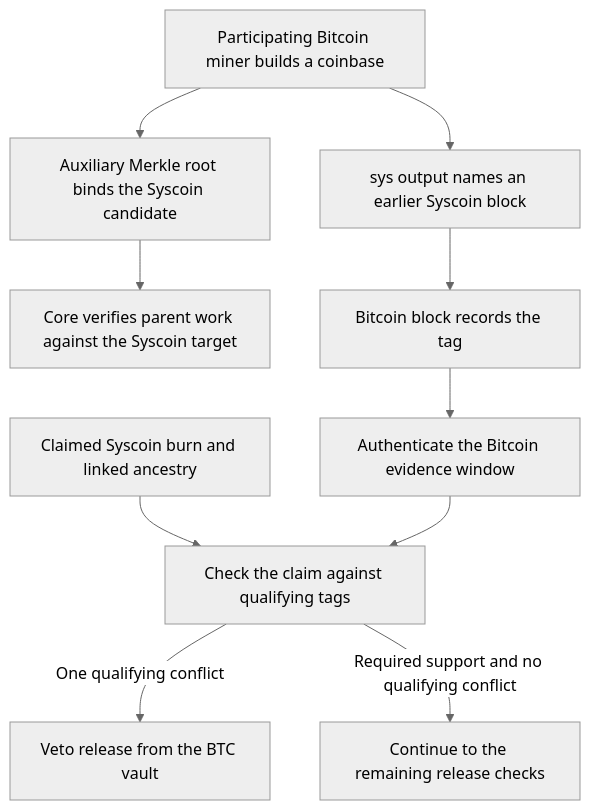
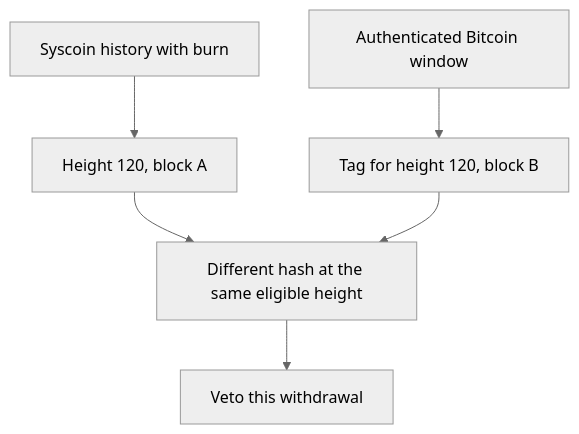
One commit to syscoin/sys-docs changed the diagram in docs/architecture/bitcoin-bridge.mdx. Above: the diagram before and after it, drawn with Mermaid (neutral theme). The commit also changed other lines of this file and 45 other files, not shown here.

````diff
--- a/docs/architecture/bitcoin-bridge.mdx
+++ b/docs/architecture/bitcoin-bridge.mdx
@@ -28,13 +30,10 @@
 ```mermaid
 flowchart TD
-    MINER["Participating Bitcoin miner builds a coinbase"]
-    MINER --> WORK["Auxiliary Merkle root binds the Syscoin candidate"]
-    WORK --> CORE["Core verifies parent work against the Syscoin target"]
-    MINER --> TAG["sys output names an earlier Syscoin block"]
-    TAG --> BTC["Bitcoin block records the tag"]
-    BTC --> WIN["Authenticate the Bitcoin evidence window"]
-    BURN["Claimed Syscoin burn and linked ancestry"] --> CHECK["Check the claim against qualifying tags"]
-    WIN --> CHECK
-    CHECK -->|"One qualifying conflict"| STOP["Veto release from the BTC vault"]
-    CHECK -->|"Required support and no qualifying conflict"| CLAIM["Continue to the remaining release checks"]
+    accTitle: A Bitcoin tag can veto a proposed withdrawal
+    accDescr: At an eligible height the claim names block A and a Bitcoin coinbase names block B. An authenticated conflict keeps the BTC vault locked for this claim.
+    BURN["Syscoin history with burn"] --> A["Height 120, block A"]
+    WINDOW["Authenticated Bitcoin window"] --> B["Tag for height 120, block B"]
+    A --> CHECK["Different hash at the same eligible height"]
+    B --> CHECK
+    CHECK --> STOP["Veto this withdrawal"]
 ```
````
